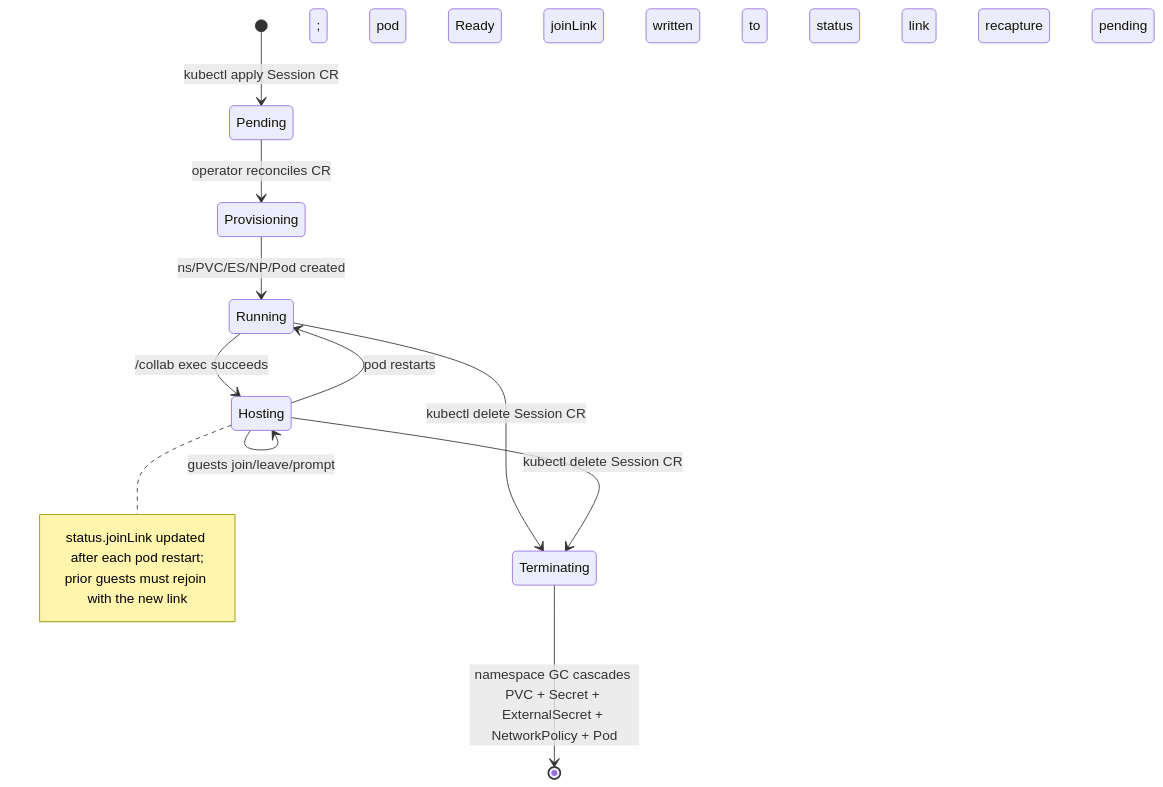
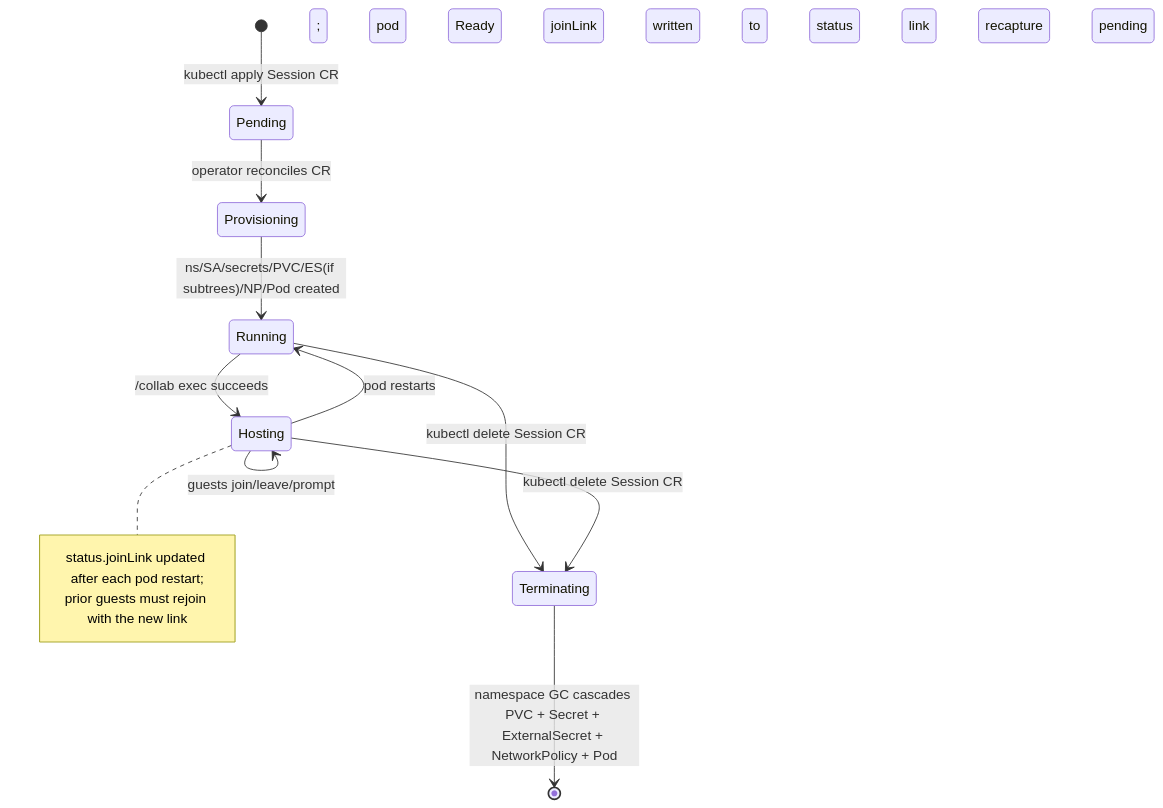
One commit to james-nesbitt/collab-agent changed the fifth of 5 diagrams in docs/architecture.md. Above: the diagram before and after it, drawn with Mermaid. The commit also changed other lines of this file and 5 other files, not shown here.

````diff
--- a/docs/architecture.md
+++ b/docs/architecture.md
@@ -243,16 +246,16 @@
 ```mermaid
 stateDiagram-v2
   [*] --> Pending: kubectl apply Session CR
   Pending --> Provisioning: operator reconciles CR
-  Provisioning --> Running: ns/PVC/ES/NP/Pod created; pod Ready
+  Provisioning --> Running: ns/SA/secrets/PVC/ES(if subtrees)/NP/Pod created; pod Ready
   Running --> Hosting: /collab exec succeeds; joinLink written to status
   Hosting --> Hosting: guests join/leave/prompt
   Hosting --> Running: pod restarts; link recapture pending
   Running --> Terminating: kubectl delete Session CR
   Hosting --> Terminating: kubectl delete Session CR
   Terminating --> [*]: namespace GC cascades PVC + Secret + ExternalSecret + NetworkPolicy + Pod
   note right of Hosting
     status.joinLink updated after each pod restart;
     prior guests must rejoin with the new link
   end note
 ```
````
